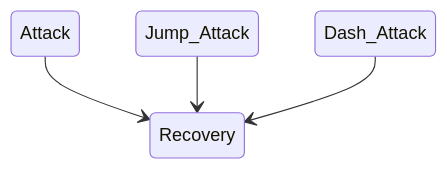
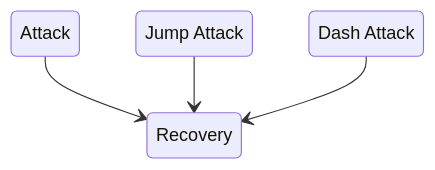
The second of 3 diagrams in PlayerStateMachine.md (Joesephats/Joesephats.github.io), drawn with Mermaid before and after one commit.

````diff
--- a/PlayerStateMachine.md
+++ b/PlayerStateMachine.md
@@ -28,6 +28,9 @@
 ```mermaid
 stateDiagram-v2
     Attack --> Recovery
     Jump_Attack --> Recovery
     Dash_Attack --> Recovery
+
+    state "Jump Attack" as Jump_Attack
+    state "Dash Attack" as Dash_Attack
 ```
````
